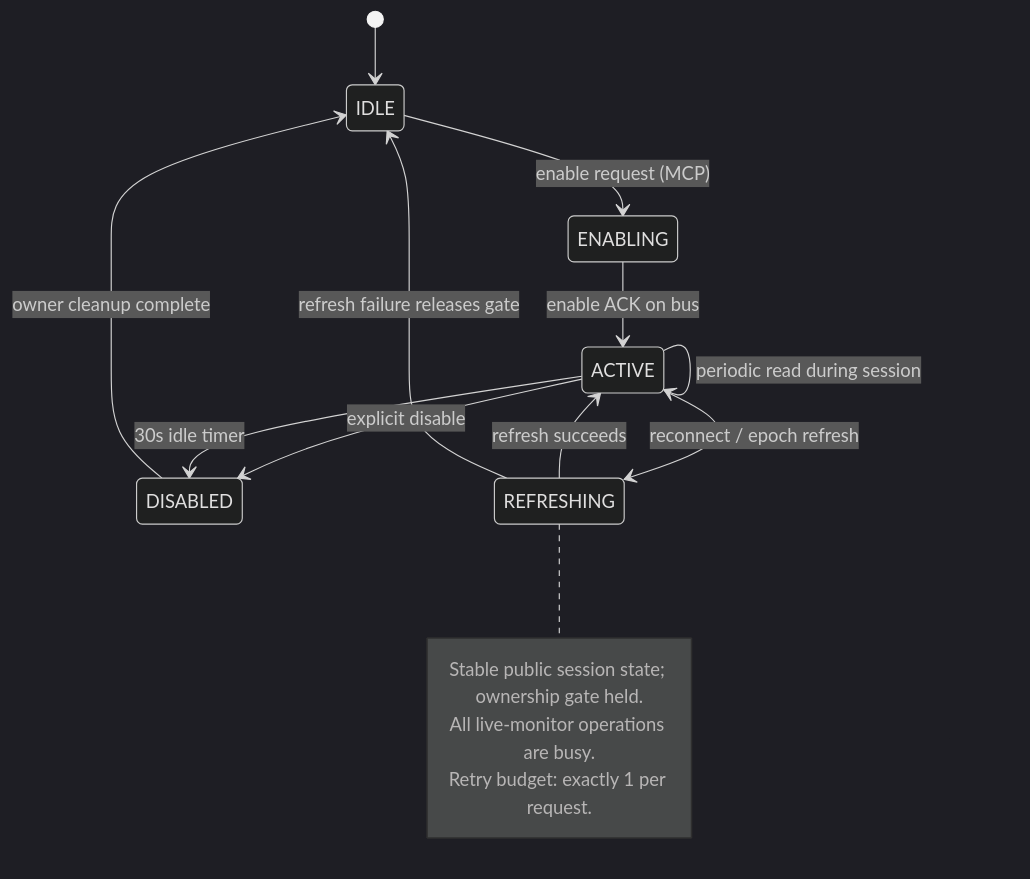
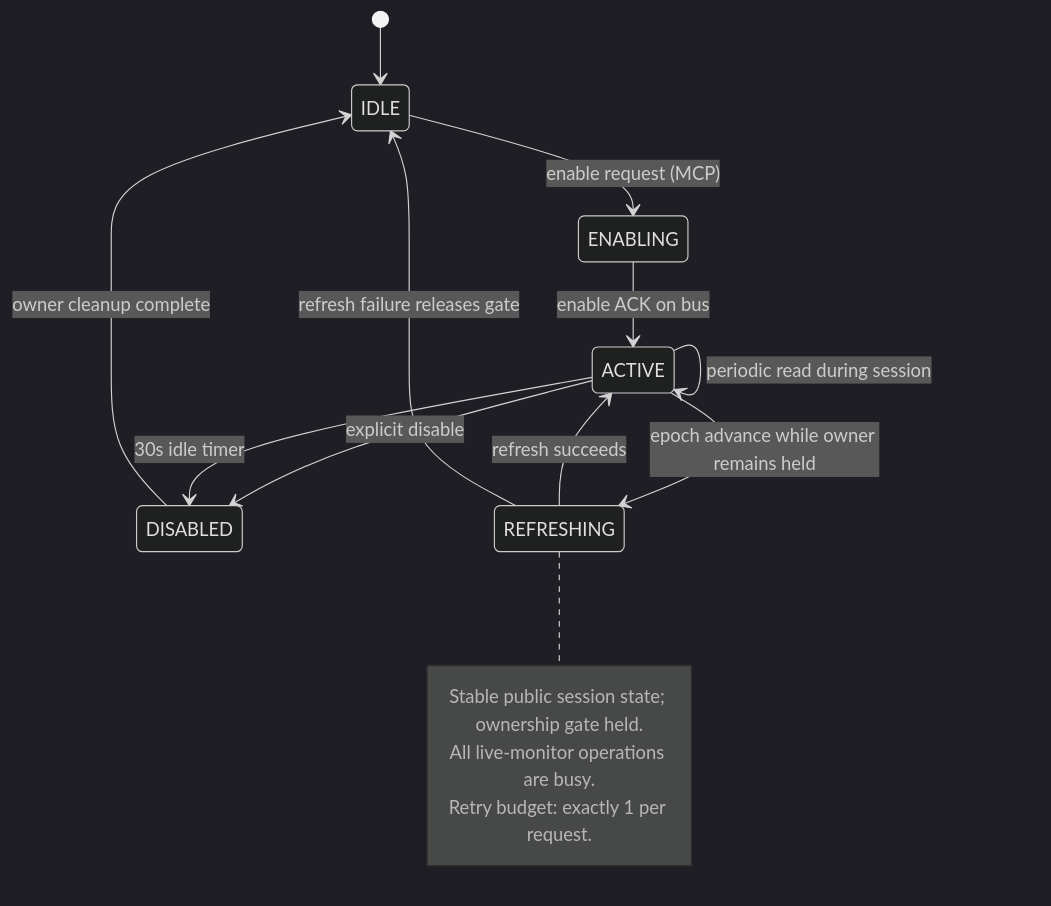
The first of 2 diagrams in protocols/vaillant/ebus-vaillant-B503.md (Project-Helianthus/helianthus-docs-ebus), drawn with Mermaid (dark theme) before and after one commit. The commit also changed other lines of this file and 5 other files, not shown here.

````diff
--- a/protocols/vaillant/ebus-vaillant-B503.md
+++ b/protocols/vaillant/ebus-vaillant-B503.md
@@ -179,20 +179,20 @@
 ```mermaid
 stateDiagram-v2
     [*] --> IDLE
     IDLE --> ENABLING: enable request (MCP)
     ENABLING --> ACTIVE: enable ACK on bus
     ACTIVE --> ACTIVE: periodic read during session
     ACTIVE --> DISABLED: explicit disable
     ACTIVE --> DISABLED: 30s idle timer
     DISABLED --> IDLE: owner cleanup complete
 
-    ACTIVE --> REFRESHING: reconnect / epoch refresh
+    ACTIVE --> REFRESHING: epoch advance while owner remains held
     REFRESHING --> ACTIVE: refresh succeeds
     REFRESHING --> IDLE: refresh failure releases gate
 
     note right of REFRESHING
       Stable public session state; ownership gate held.
       All live-monitor operations are busy.
       Retry budget: exactly 1 per request.
     end note
 ```
````
